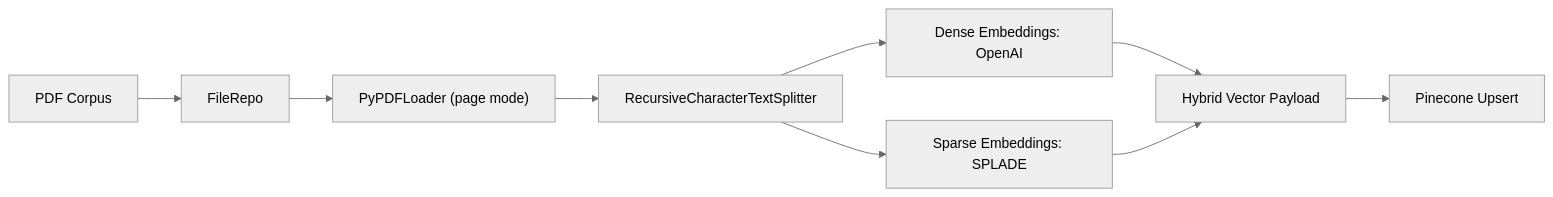
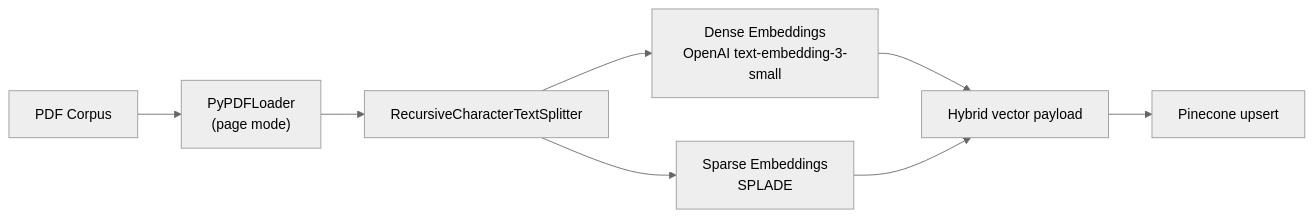
Before and after one commit to midhunln9/RAG-with-Semantic-caching-Financial-Compliance: the third of 3 diagrams in README.md, drawn with Mermaid (neutral theme). The commit also changed other lines of this file, not shown here.

````diff
--- a/README.md
+++ b/README.md
@@ -116,11 +48,10 @@
 ```mermaid
 flowchart LR
-    A["PDF Corpus"] --> B["FileRepo"]
-    B --> C["PyPDFLoader (page mode)"]
-    C --> D["RecursiveCharacterTextSplitter"]
-    D --> E["Dense Embeddings: OpenAI"]
-    D --> F["Sparse Embeddings: SPLADE"]
-    E --> G["Hybrid Vector Payload"]
-    F --> G
-    G --> H["Pinecone Upsert"]
+    DOCS["PDF Corpus"] --> LOAD["PyPDFLoader<br/>(page mode)"]
+    LOAD --> SPLIT["RecursiveCharacterTextSplitter"]
+    SPLIT --> DENSE["Dense Embeddings<br/>OpenAI text-embedding-3-small"]
+    SPLIT --> SPARSE["Sparse Embeddings<br/>SPLADE"]
+    DENSE --> UPSERT["Hybrid vector payload"]
+    SPARSE --> UPSERT
+    UPSERT --> INDEX["Pinecone upsert"]
 ```
````
